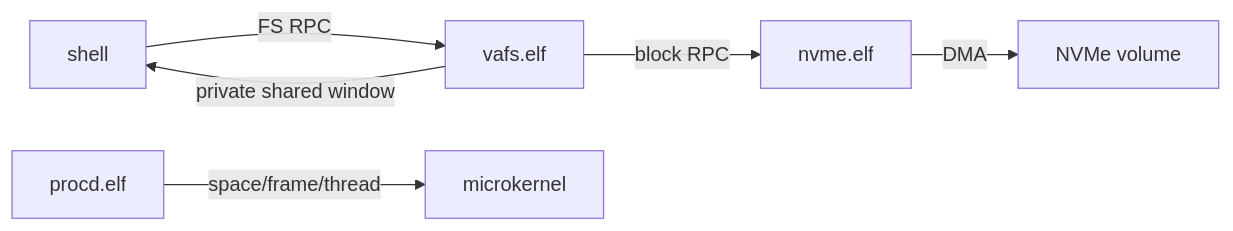
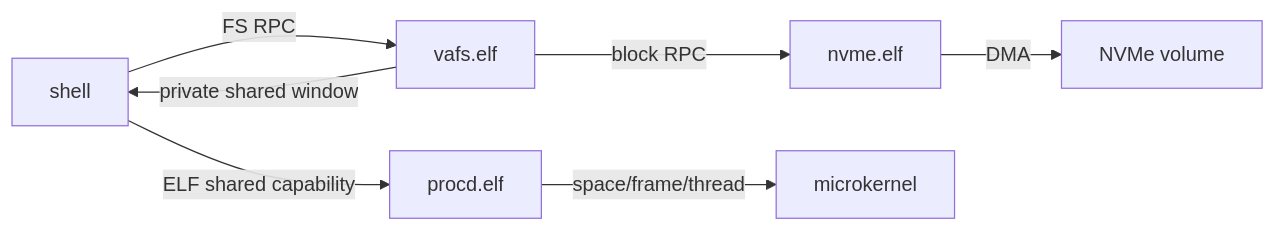
The diagram in README.md (VladimirKraswov/varania-os), drawn with Mermaid before and after one commit. The commit also changed other lines of this file and 24 other files, not shown here.

````diff
--- a/README.md
+++ b/README.md
@@ -36,8 +40,9 @@
 ```mermaid
 flowchart LR
     SH["shell"] -->|"FS RPC"| FS["vafs.elf"]
     FS -->|"block RPC"| NV["nvme.elf"]
     NV -->|"DMA"| SSD["NVMe volume"]
     FS -->|"private shared window"| SH
+    SH -->|"ELF shared capability"| P["procd.elf"]
     P["procd.elf"] -->|"space/frame/thread"| K["microkernel"]
 ```
````
